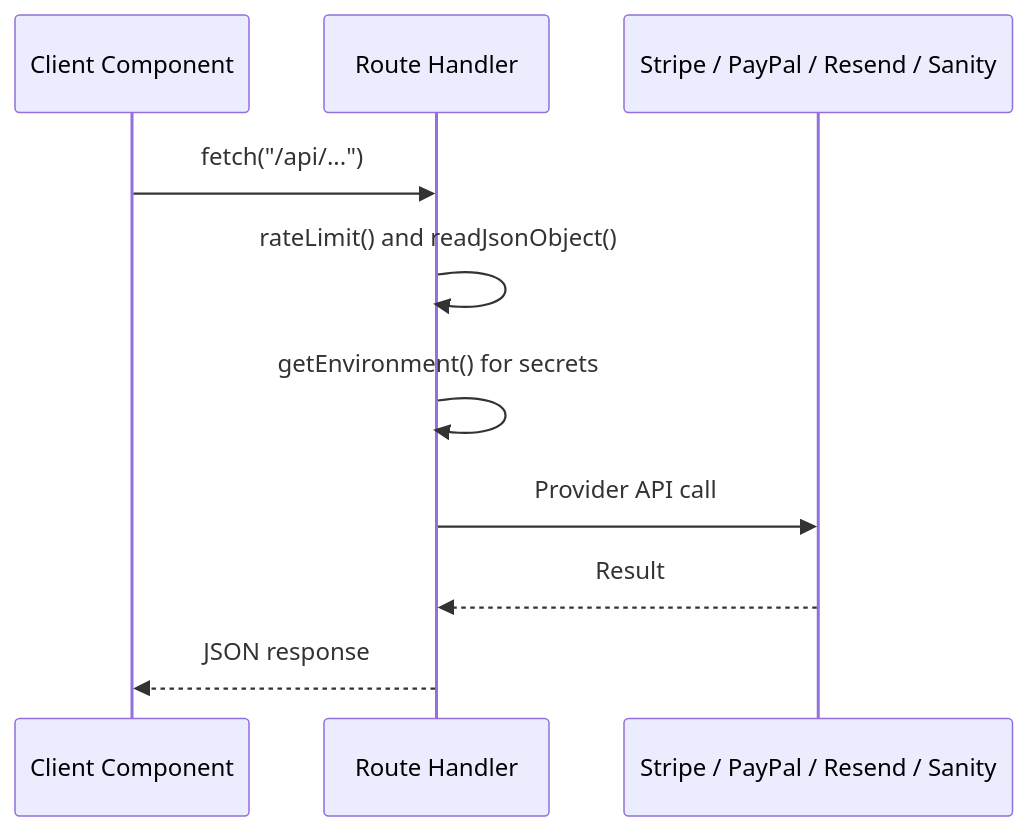
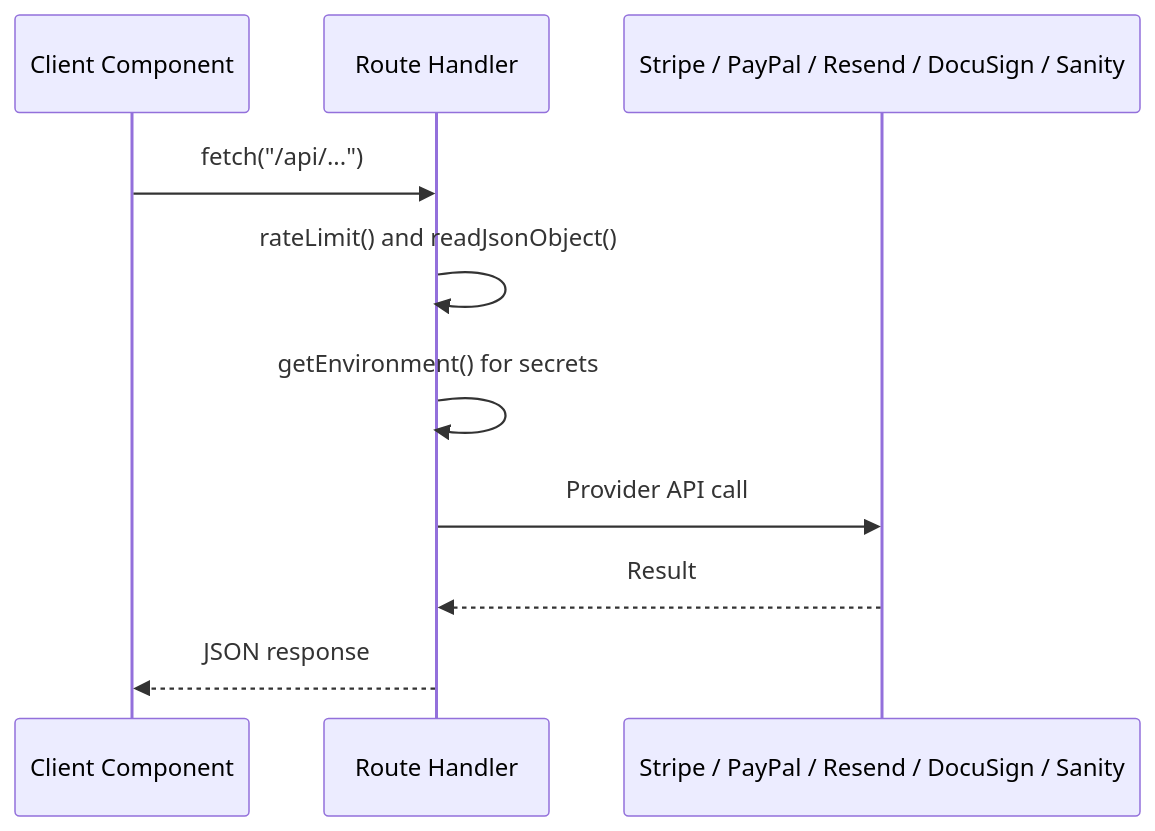
Before and after one commit to sourceofhope/sourceofhope: the second of 3 diagrams in docs/developers/01_SYSTEM_ARCHITECTURE.md, drawn with Mermaid. The commit also changed other lines of this file and 67 other files, not shown here.

````diff
--- a/docs/developers/01_SYSTEM_ARCHITECTURE.md
+++ b/docs/developers/01_SYSTEM_ARCHITECTURE.md
@@ -82,12 +84,12 @@
 ```mermaid
 sequenceDiagram
     participant C as Client Component
     participant R as Route Handler
-    participant X as Stripe / PayPal / Resend / Sanity
+    participant X as Stripe / PayPal / Resend / DocuSign / Sanity
     C->>R: fetch("/api/...")
     R->>R: rateLimit() and readJsonObject()
     R->>R: getEnvironment() for secrets
     R->>X: Provider API call
     X-->>R: Result
     R-->>C: JSON response
 ```
````
